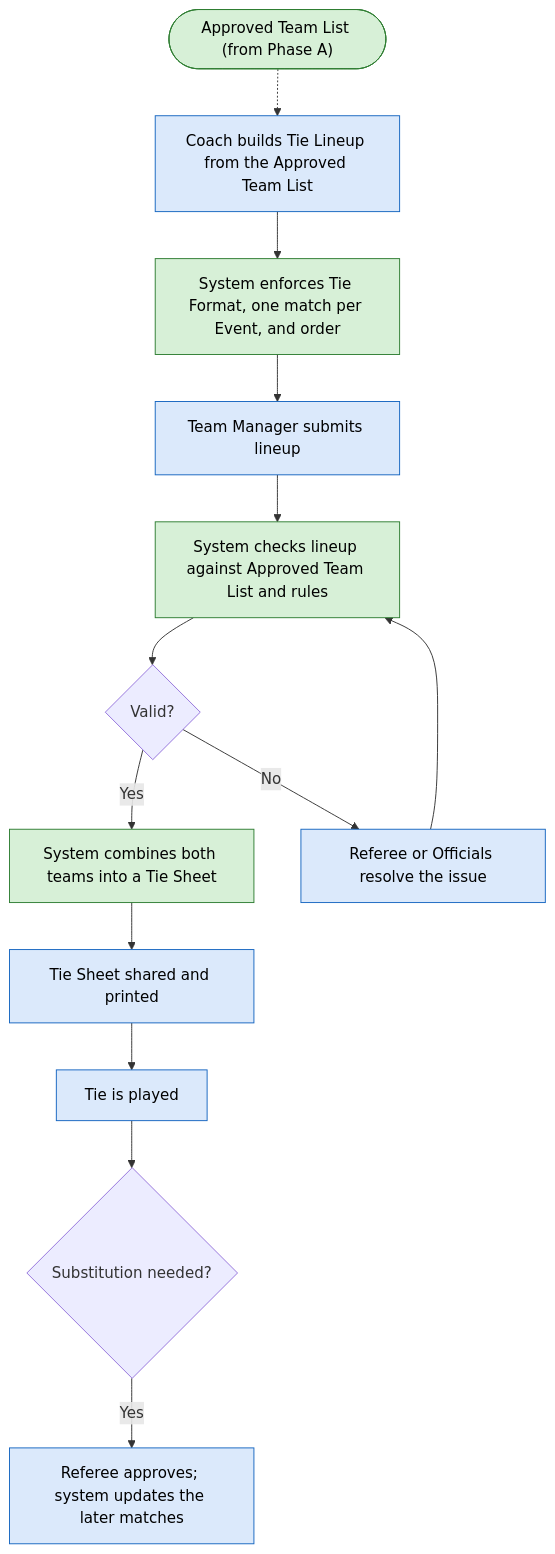
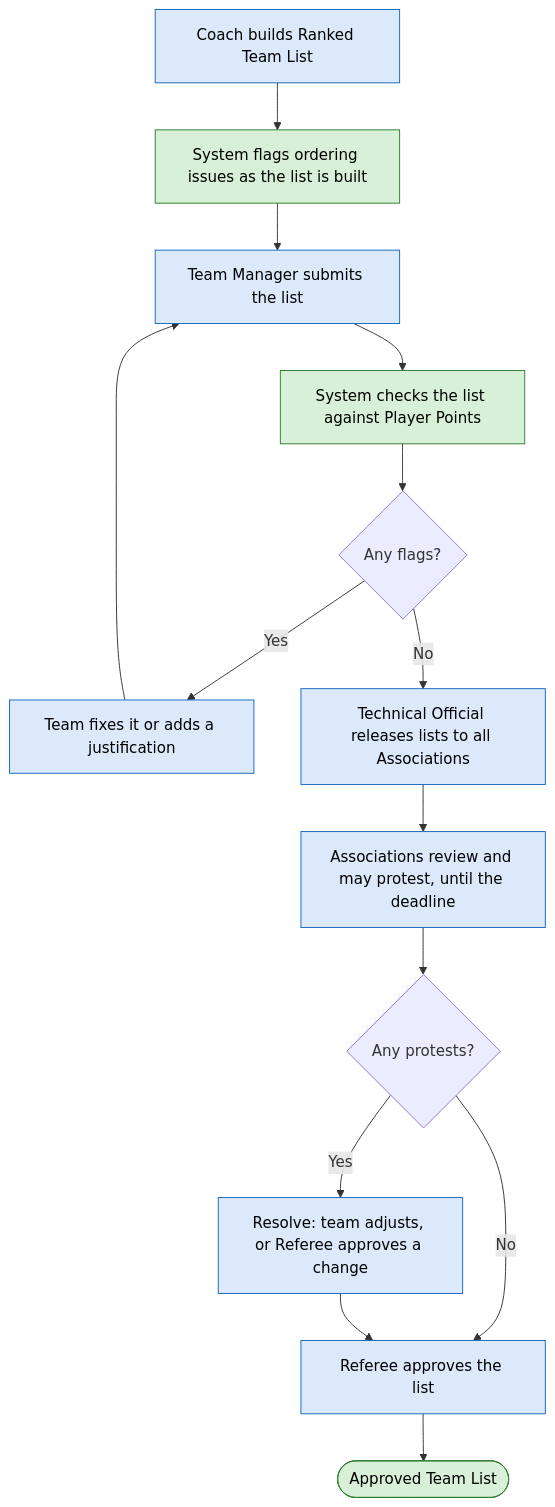
The fourth of 6 diagrams in docs/technical.md (vincenttao04/badminton-nz-teams-be), drawn with Mermaid before and after one commit. The commit also changed other lines of this file and 6 other files, not shown here.

````diff
--- a/docs/technical.md
+++ b/docs/technical.md
@@ -141,18 +131,19 @@
 ```mermaid
 flowchart TD
-    A(["Approved Team List (from Phase A)"]):::auto -.-> B["Coach builds Tie Lineup from the Approved Team List"]:::manual
-    B --> C["System enforces Tie Format, one match per Event, and order"]:::auto
-    C --> D["Team Manager submits lineup"]:::manual
-    D --> E["System checks lineup against Approved Team List and rules"]:::auto
-    E --> F{"Valid?"}
-    F -->|Yes| G["System combines both teams into a Tie Sheet"]:::auto
-    F -->|No| H["Referee or Officials resolve the issue"]:::manual
-    H --> E
-    G --> I["Tie Sheet shared and printed"]:::manual
-    I --> J["Tie is played"]:::manual
-    J --> K{"Substitution needed?"}
-    K -->|Yes| L["Referee approves; system updates the later matches"]:::manual
+    A["Coach builds Ranked Team List"]:::manual --> B["System flags ordering issues as the list is built"]:::auto
+    B --> C["Team Manager submits the list"]:::manual
+    C --> D["System checks the list against Player Points"]:::auto
+    D --> E{"Any flags?"}
+    E -->|Yes| F["Team fixes it or adds a justification"]:::manual
+    F --> C
+    E -->|No| G["Technical Official releases lists to all Associations"]:::manual
+    G --> H["Associations review and may protest, until the deadline"]:::manual
+    H --> I{"Any protests?"}
+    I -->|Yes| J["Resolve: team adjusts, or Referee approves a change"]:::manual
+    I -->|No| K["Referee approves the list"]:::manual
+    J --> K
+    K --> L(["Approved Team List"]):::auto
 
     classDef auto fill:#d7f0d7,stroke:#2e7d32,color:#000
     classDef manual fill:#dbe9fb,stroke:#1565c0,color:#000
 ```
````
